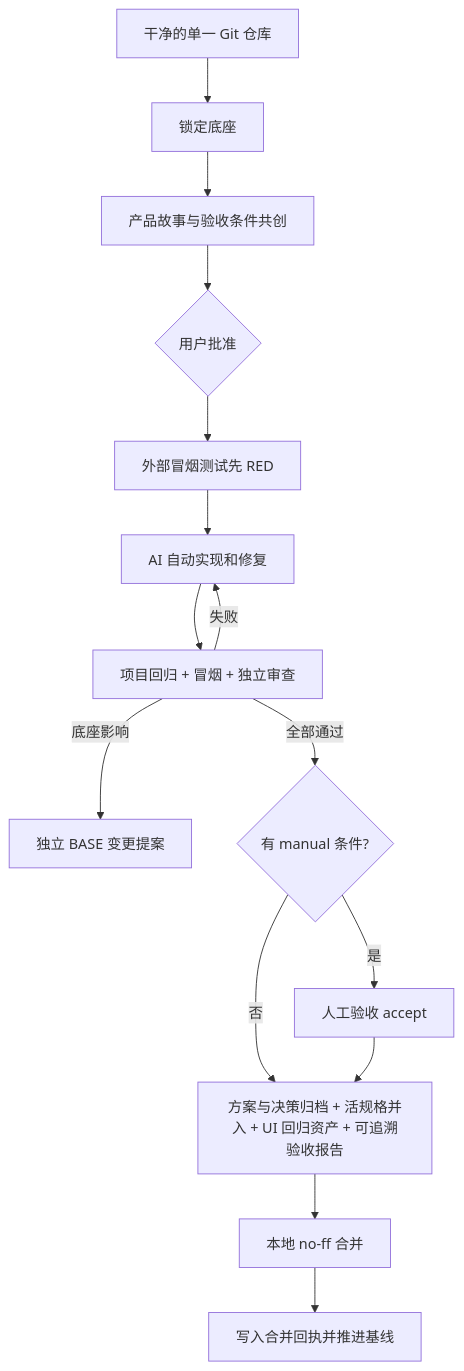
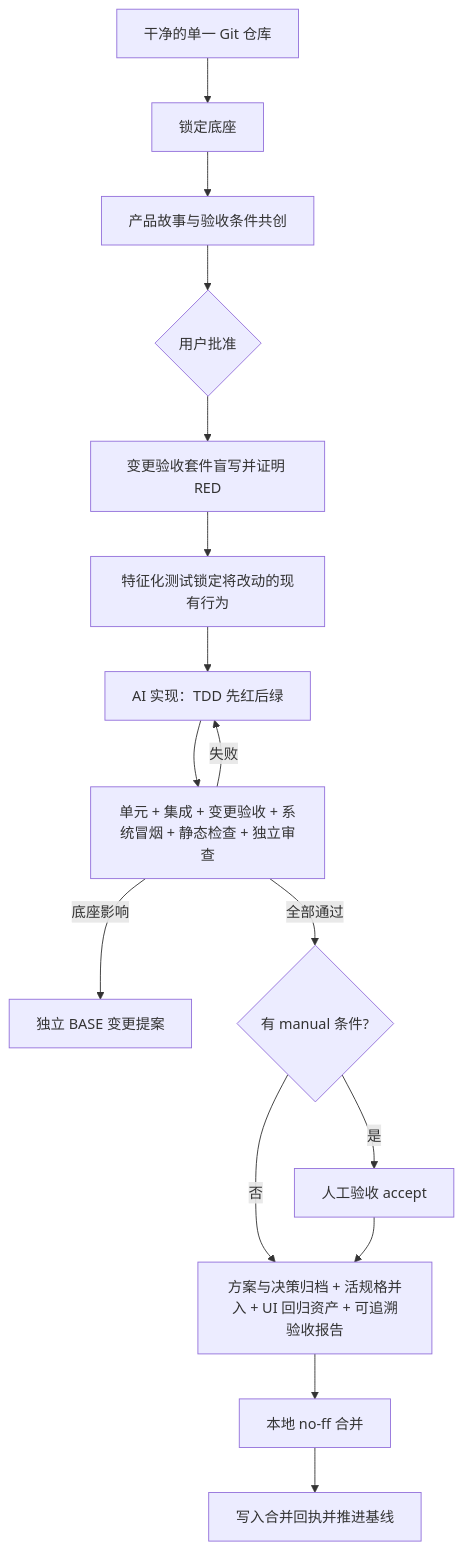
Before and after one commit to jinlin725168-ai/storyloop: the diagram in README.md, drawn with Mermaid. The commit also changed other lines of this file and 50 other files, not shown here.

First line of the commit message:
feat(loop): 五层测试各在其环节：系统冒烟、变更验收、特征化门、单元/集成/静态检查分层；撤掉 ui_regression

````diff
--- a/README.md
+++ b/README.md
@@ -60,17 +60,18 @@
 ```mermaid
 flowchart TD
     A[干净的单一 Git 仓库] --> B[锁定底座]
     B --> C[产品故事与验收条件共创]
     C --> D{用户批准}
-    D --> E[外部冒烟测试先 RED]
-    E --> F[AI 自动实现和修复]
-    F --> G[项目回归 + 冒烟 + 独立审查]
+    D --> E[变更验收套件盲写并证明 RED]
+    E --> E2[特征化测试锁定将改动的现有行为]
+    E2 --> F[AI 实现：TDD 先红后绿]
+    F --> G[单元 + 集成 + 变更验收 + 系统冒烟 + 静态检查 + 独立审查]
     G -->|失败| F
     G -->|底座影响| H[独立 BASE 变更提案]
     G -->|全部通过| H2{有 manual 条件?}
     H2 -->|是| M[人工验收 accept]
     H2 -->|否| I
     M --> I[方案与决策归档 + 活规格并入 + UI 回归资产 + 可追溯验收报告]
     I --> J[本地 no-ff 合并]
     J --> K[写入合并回执并推进基线]
 ```
````
